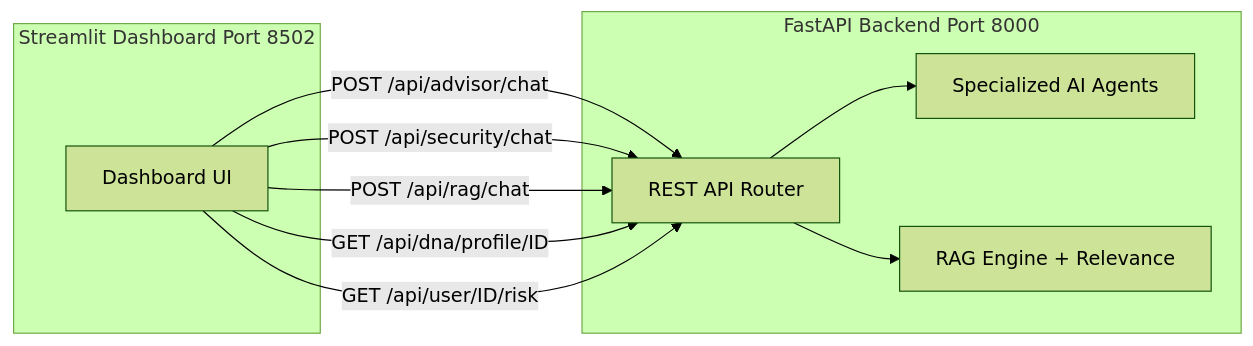
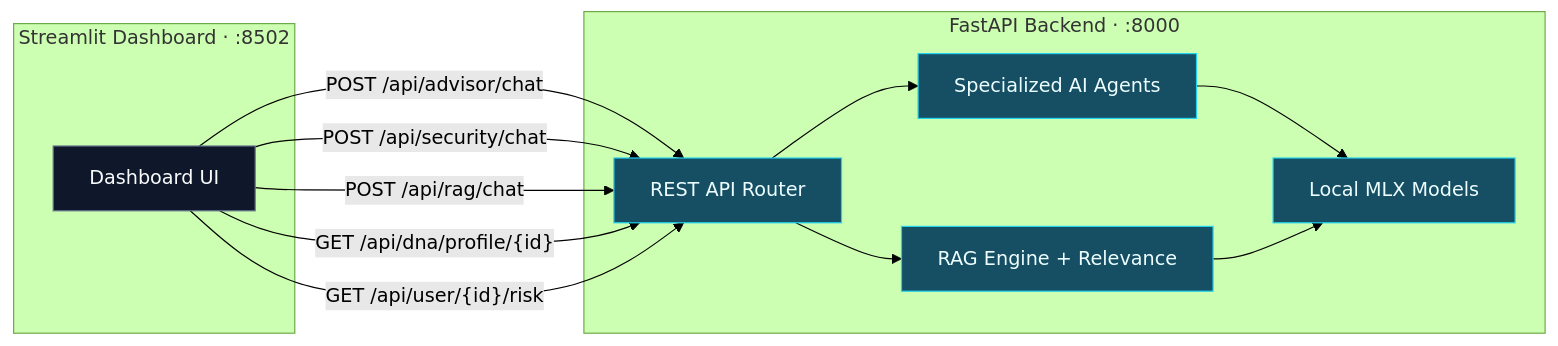
One commit to ladkrutarth/Hands-On-Week-4 changed the fourth of 4 diagrams in README.md. Above: the diagram before and after it, drawn with Mermaid (forest theme). The commit also changed other lines of this file, not shown here.

First line of the commit message:
docs: add professional layered system architecture diagrams

````diff
--- a/README.md
+++ b/README.md
@@ -286,20 +339,28 @@
 ```mermaid
-graph LR
-    subgraph Frontend [Streamlit Dashboard Port 8502]
-        UI[Dashboard UI]
+flowchart LR
+    subgraph FE["Streamlit Dashboard · :8502"]
+        UI["Dashboard UI"]
     end
 
-    subgraph Backend [FastAPI Backend Port 8000]
-        API[REST API Router]
-        Agent[Specialized AI Agents]
-        RAG[RAG Engine + Relevance]
+    subgraph BE["FastAPI Backend · :8000"]
+        API["REST API Router"]
+        AG["Specialized AI Agents"]
+        RG["RAG Engine + Relevance"]
+        ML["Local MLX Models"]
     end
 
-    UI -->|POST /api/advisor/chat| API
-    UI -->|POST /api/security/chat| API
-    UI -->|POST /api/rag/chat| API
-    UI -->|GET /api/dna/profile/ID| API
-    UI -->|GET /api/user/ID/risk| API
-    API --> Agent
-    API --> RAG
+    UI -->|"POST /api/advisor/chat"| API
+    UI -->|"POST /api/security/chat"| API
+    UI -->|"POST /api/rag/chat"| API
+    UI -->|"GET /api/dna/profile/{id}"| API
+    UI -->|"GET /api/user/{id}/risk"| API
+    API --> AG
+    API --> RG
+    AG --> ML
+    RG --> ML
+
+    classDef fe fill:#0f172a,stroke:#64748b,color:#f8fafc
+    classDef be fill:#164e63,stroke:#22d3ee,color:#ecfeff
+    class UI fe
+    class API,AG,RG,ML be
 ```
````
